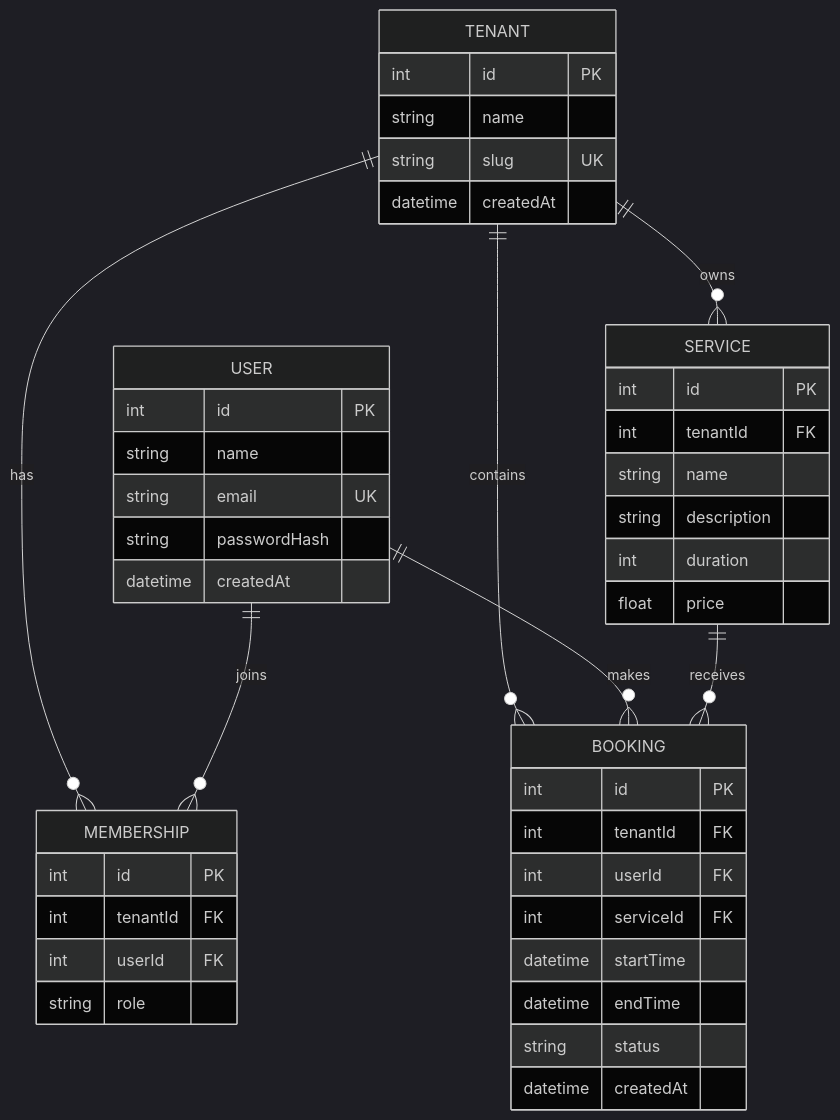
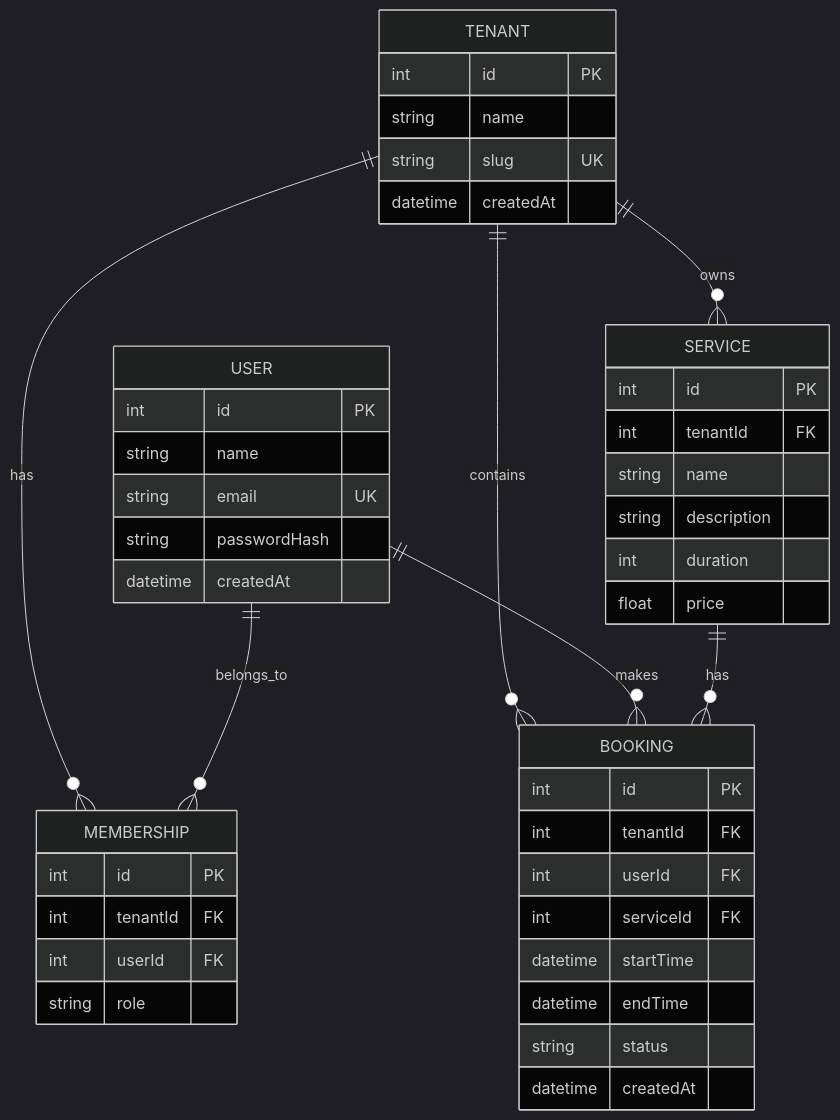
Before and after one commit to Ansam-web/ANSYNC-booking-platform: the diagram in README.md, drawn with Mermaid (dark theme). The commit also changed other lines of this file, not shown here.

Commit message:
docs: explain ANSYNC architecture and week one progress

````diff
--- a/README.md
+++ b/README.md
@@ -79,51 +170,51 @@
 ```mermaid
 erDiagram
     TENANT ||--o{ MEMBERSHIP : has
-    USER ||--o{ MEMBERSHIP : joins
+    USER ||--o{ MEMBERSHIP : belongs_to
     TENANT ||--o{ SERVICE : owns
     TENANT ||--o{ BOOKING : contains
     USER ||--o{ BOOKING : makes
-    SERVICE ||--o{ BOOKING : receives
+    SERVICE ||--o{ BOOKING : has
 
     TENANT {
         int id PK
         string name
         string slug UK
         datetime createdAt
     }
 
     USER {
         int id PK
         string name
         string email UK
         string passwordHash
         datetime createdAt
     }
 
     MEMBERSHIP {
         int id PK
         int tenantId FK
         int userId FK
         string role
     }
 
     SERVICE {
         int id PK
         int tenantId FK
         string name
         string description
         int duration
         float price
     }
 
     BOOKING {
         int id PK
         int tenantId FK
         int userId FK
         int serviceId FK
         datetime startTime
         datetime endTime
         string status
         datetime createdAt
     }
 ```
````
